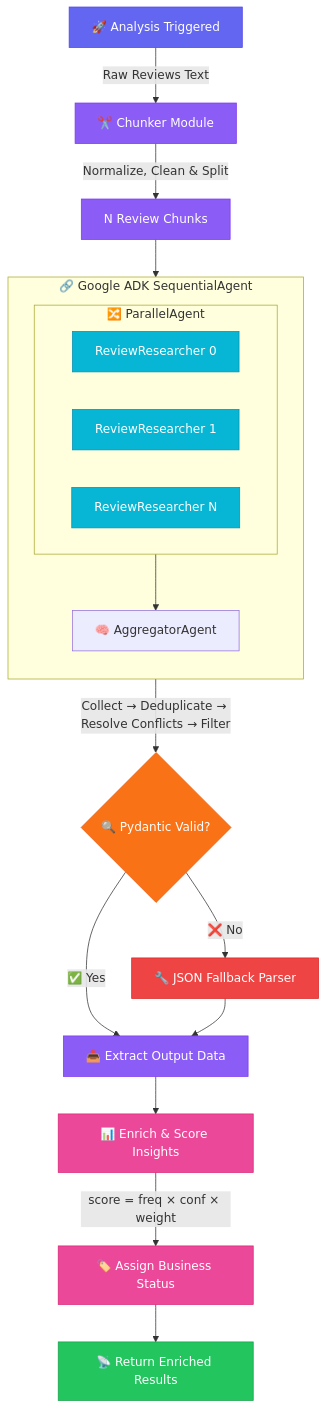
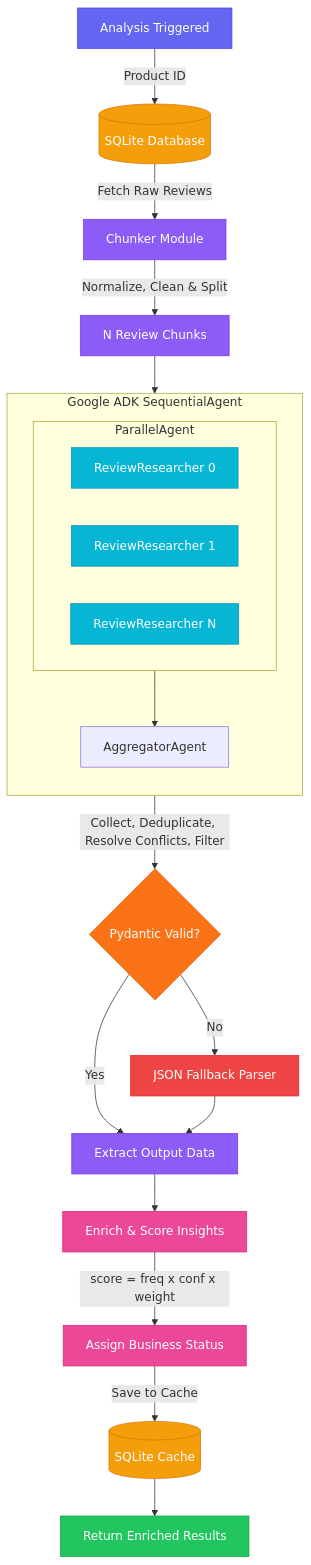
Before and after one commit to mhlohh/ai_business_insight: the first of 2 diagrams in PROJECT_DOCUMENTATION.md, drawn with Mermaid. The commit also changed other lines of this file and 1 other file, not shown here.

Commit message:
docs: update architectural diagrams to include database integration and clean up markdown styling

````diff
--- a/PROJECT_DOCUMENTATION.md
+++ b/PROJECT_DOCUMENTATION.md
@@ -24,36 +24,39 @@
 ```mermaid
 graph TD
-    A["🚀 Analysis Triggered"]:::trigger -->|"Raw Reviews Text"| B["✂️ Chunker Module"]:::processing
+    A["Analysis Triggered"]:::trigger -->|"Product ID"| DB1[("SQLite Database")]:::database
+    DB1 -->|"Fetch Raw Reviews"| B["Chunker Module"]:::processing
     B -->|"Normalize, Clean & Split"| C["N Review Chunks"]:::processing
 
     C --> SEQ
 
-    subgraph SEQ ["🔗 Google ADK SequentialAgent"]
+    subgraph SEQ ["Google ADK SequentialAgent"]
         direction TB
-        PAR --> AGG["🧠 AggregatorAgent"]
+        PAR --> AGG["AggregatorAgent"]
     end
 
-    subgraph PAR ["🔀 ParallelAgent"]
+    subgraph PAR ["ParallelAgent"]
         direction LR
         R0["ReviewResearcher 0"]:::agent
         R1["ReviewResearcher 1"]:::agent
         RN["ReviewResearcher N"]:::agent
     end
 
-    AGG -->|"Collect → Deduplicate → Resolve Conflicts → Filter"| VAL{"🔍 Pydantic Valid?"}:::decision
-    VAL -->|"✅ Yes"| EXT["📤 Extract Output Data"]:::processing
-    VAL -->|"❌ No"| FB["🔧 JSON Fallback Parser"]:::fallback
+    AGG -->|"Collect, Deduplicate, Resolve Conflicts, Filter"| VAL{"Pydantic Valid?"}:::decision
+    VAL -->|"Yes"| EXT["Extract Output Data"]:::processing
+    VAL -->|"No"| FB["JSON Fallback Parser"]:::fallback
     FB --> EXT
 
-    EXT --> ENR["📊 Enrich & Score Insights"]:::scoring
-    ENR -->|"score = freq × conf × weight"| STATUS["🏷️ Assign Business Status"]:::scoring
-    STATUS --> OUT["📡 Return Enriched Results"]:::result
+    EXT --> ENR["Enrich & Score Insights"]:::scoring
+    ENR -->|"score = freq x conf x weight"| STATUS["Assign Business Status"]:::scoring
+    STATUS -->|"Save to Cache"| DB2[("SQLite Cache")]:::database
+    DB2 --> OUT["Return Enriched Results"]:::result
 
     classDef trigger fill:#6366f1,stroke:#4f46e5,color:#fff
     classDef processing fill:#8b5cf6,stroke:#7c3aed,color:#fff
     classDef agent fill:#06b6d4,stroke:#0891b2,color:#fff
     classDef decision fill:#f97316,stroke:#ea580c,color:#fff
     classDef fallback fill:#ef4444,stroke:#dc2626,color:#fff
     classDef scoring fill:#ec4899,stroke:#db2777,color:#fff
     classDef result fill:#22c55e,stroke:#16a34a,color:#fff
+    classDef database fill:#f59e0b,stroke:#d97706,color:#fff
 ```
````
